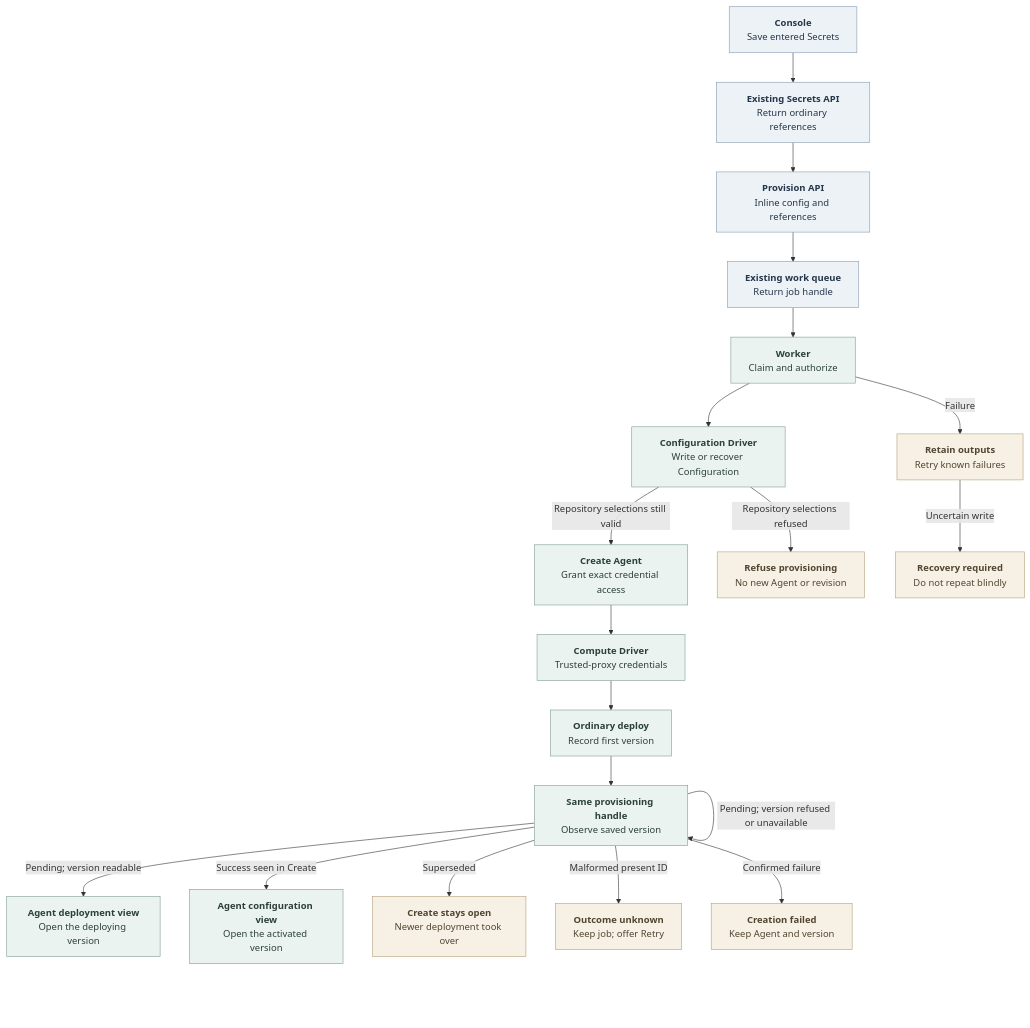
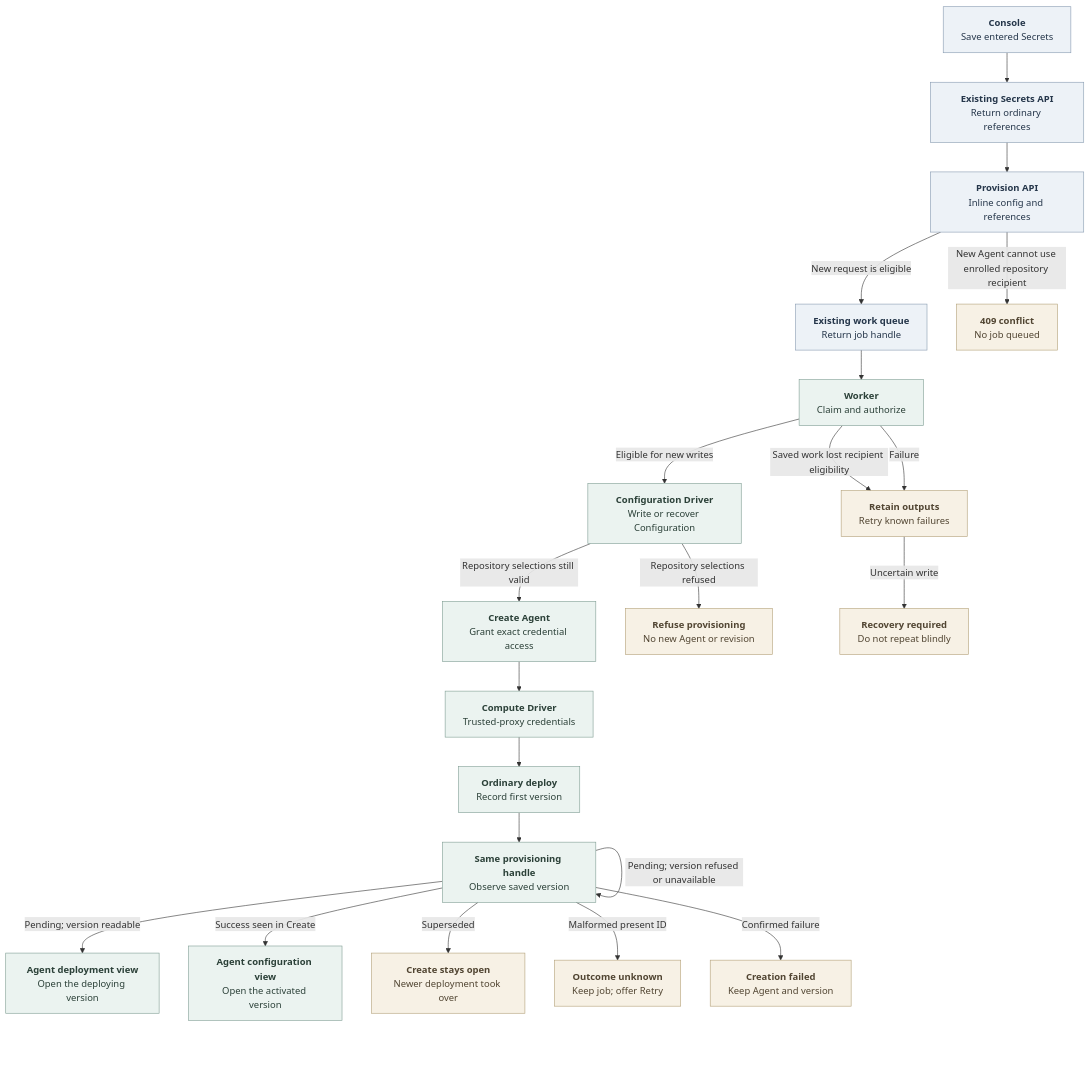
The diagram in docs/flows/agent-provisioning.md (openclaw/openclaw-enterprise), drawn with Mermaid before and after one commit. The commit also changed other lines of this file and 7 other files, not shown here.

````diff
--- a/docs/flows/agent-provisioning.md
+++ b/docs/flows/agent-provisioning.md
@@ -25,28 +25,30 @@
 ```mermaid
 graph TD
   Console["<b>Console</b><br/>Save entered Secrets"] --> Secrets["<b>Existing Secrets API</b><br/>Return ordinary references"]
   Secrets --> API["<b>Provision API</b><br/>Inline config and references"]
-  API --> Queue["<b>Existing work queue</b><br/>Return job handle"]
+  API -->|New request is eligible| Queue["<b>Existing work queue</b><br/>Return job handle"]
+  API -->|New Agent cannot use enrolled repository recipient| NoRecipient["<b>409 conflict</b><br/>No job queued"]
   Queue --> Claim["<b>Worker</b><br/>Claim and authorize"]
-  Claim --> Config["<b>Configuration Driver</b><br/>Write or recover Configuration"]
+  Claim -->|Eligible for new writes| Config["<b>Configuration Driver</b><br/>Write or recover Configuration"]
+  Claim -->|Saved work lost recipient eligibility| Failed
   Config -->|Repository selections still valid| Agent["<b>Create Agent</b><br/>Grant exact credential access"]
   Config -->|Repository selections refused| RepoRefused["<b>Refuse provisioning</b><br/>No new Agent or revision"]
   Agent --> Transport["<b>Compute Driver</b><br/>Trusted-proxy credentials"]
   Transport --> Deploy["<b>Ordinary deploy</b><br/>Record first version"]
   Deploy --> Observe["<b>Same provisioning handle</b><br/>Observe saved version"]
   Observe -->|Pending; version readable| UI["<b>Agent deployment view</b><br/>Open the deploying version"]
   Observe -->|Pending; version refused or unavailable| Observe
   Observe -->|Success seen in Create| Settings["<b>Agent configuration view</b><br/>Open the activated version"]
   Observe -->|Superseded| Superseded["<b>Create stays open</b><br/>Newer deployment took over"]
   Observe -->|Malformed present ID| Unknown["<b>Outcome unknown</b><br/>Keep job; offer Retry"]
   Observe -->|Confirmed failure| Terminal["<b>Creation failed</b><br/>Keep Agent and version"]
   Claim -->|Failure| Failed["<b>Retain outputs</b><br/>Retry known failures"]
   Failed -->|Uncertain write| Recovery["<b>Recovery required</b><br/>Do not repeat blindly"]
 
   classDef state fill:#EDF2F7,stroke:#879AB0,color:#25364A,stroke-width:1px
   classDef operation fill:#EBF3F0,stroke:#7F9D93,color:#2B4038,stroke-width:1px
   classDef condition fill:#F7F1E5,stroke:#B3A078,color:#514532,stroke-width:1px
   class Console,Secrets,API,Queue state
   class Claim,Config,Agent,Transport,Deploy,Observe,UI,Settings operation
-  class Failed,Recovery,Terminal,Superseded,RepoRefused,Unknown condition
+  class Failed,Recovery,Terminal,Superseded,RepoRefused,Unknown,NoRecipient condition
 ```
````
